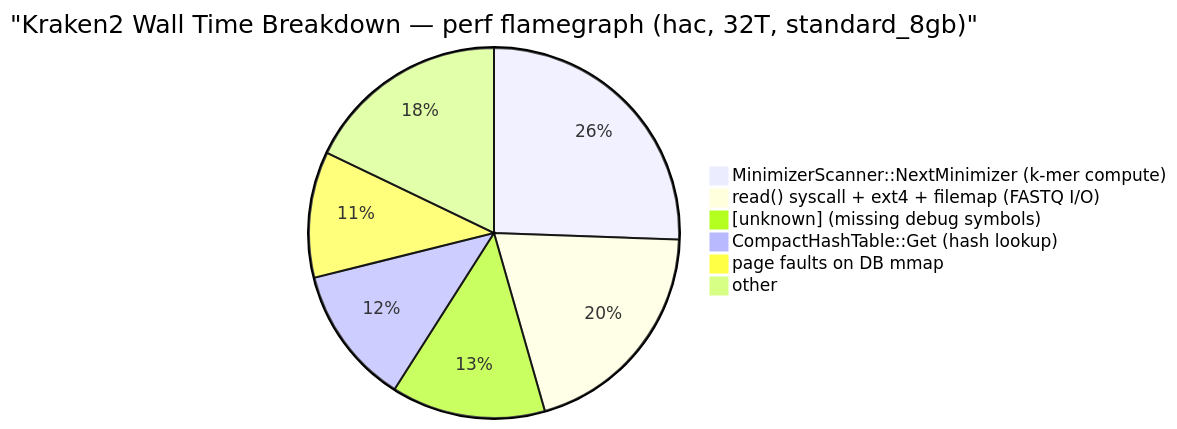
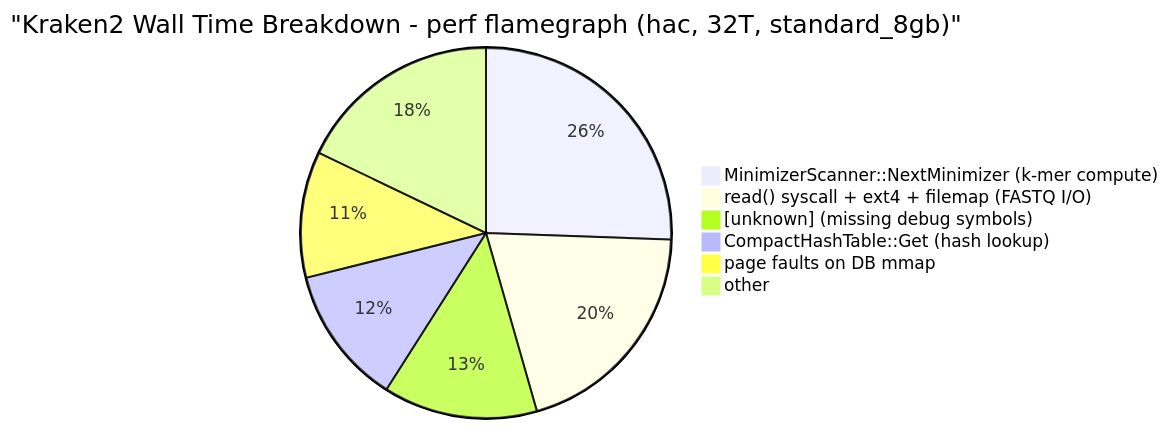
One commit to KathpaliaChirag/Nanopore-project changed diagram 11 of 26 in README.md. Above: the diagram before and after it, drawn with Mermaid. The commit also changed other lines of this file and 4 other files, not shown here.

````diff
--- a/README.md
+++ b/README.md
@@ -432,9 +467,9 @@
 ```mermaid
-pie title "Kraken2 Wall Time Breakdown — perf flamegraph (hac, 32T, standard_8gb)"
+pie title "Kraken2 Wall Time Breakdown - perf flamegraph (hac, 32T, standard_8gb)"
     "MinimizerScanner::NextMinimizer (k-mer compute)" : 25.57
     "read() syscall + ext4 + filemap (FASTQ I/O)" : 20.0
     "[unknown] (missing debug symbols)" : 13.45
     "CompactHashTable::Get (hash lookup)" : 12.10
     "page faults on DB mmap" : 11.0
     "other" : 17.88
 ```
````
